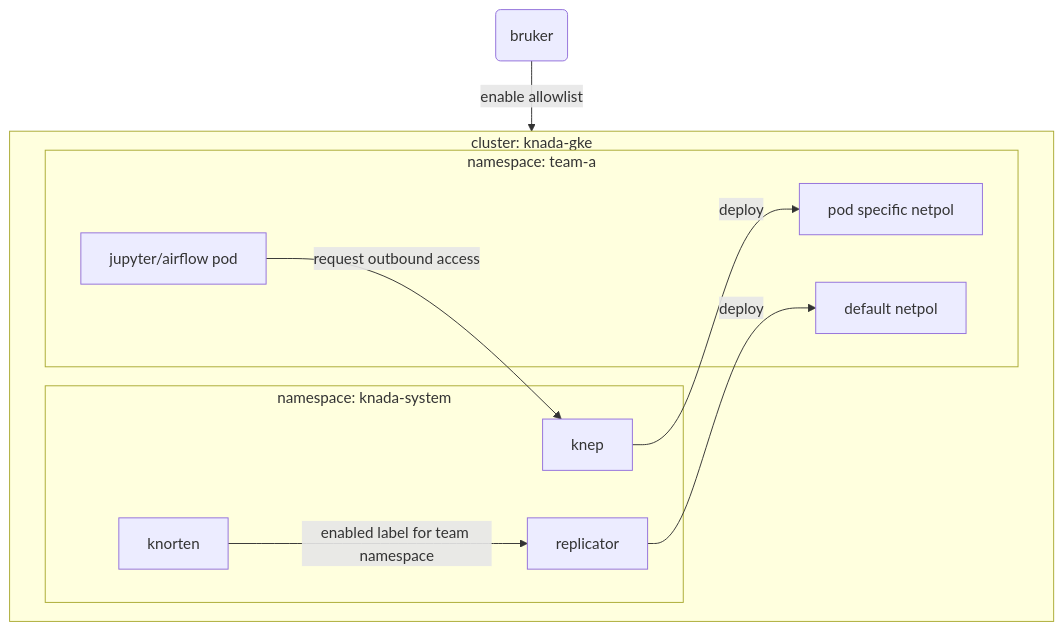
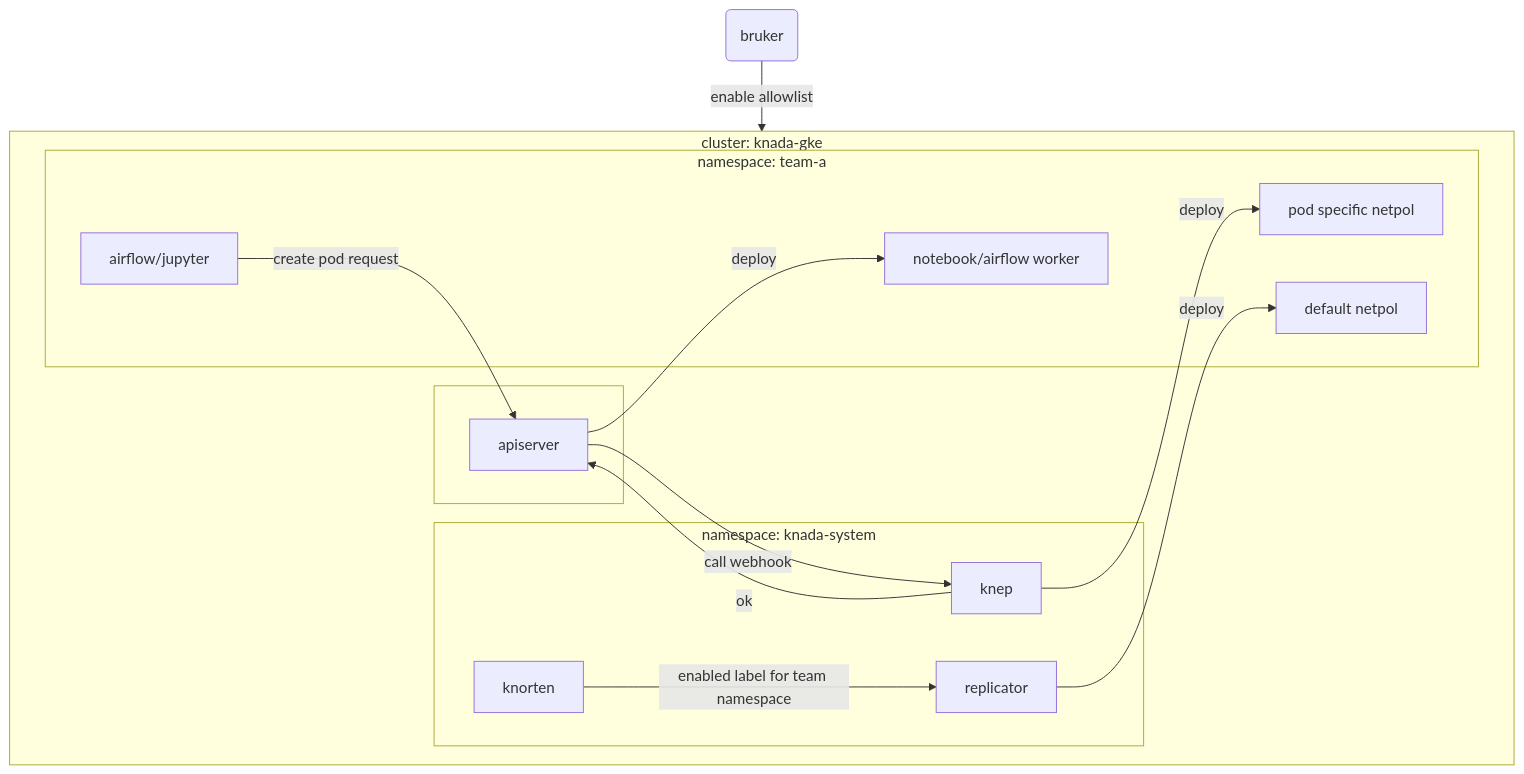
The diagram in README.md (navikt/knep), drawn with Mermaid before and after one commit. The commit also changed other lines of this file, not shown here.

Commit message:
update documentation to new rig

````diff
--- a/README.md
+++ b/README.md
@@ -6,18 +6,23 @@
 ```mermaid
 graph TB;
     user(bruker)
     user--"enable allowlist"-->knorten[knorten]
     subgraph "cluster: knada-gke"
         direction LR
         subgraph "namespace: knada-system"
             knorten[knorten]--"enabled label for team namespace"-->replicator[replicator]
             knep[knep]
         end
+        subgraph " "
+            apiserver[apiserver]--"call webhook"-->knep
+        end
         subgraph "namespace: team-a"
+            apiserver--"deploy"-->task[notebook/airflow worker]
+            service[airflow/jupyter]--"create pod request"-->apiserver
             defaultnetpol[default netpol]
             knep[knep]--"deploy"-->tasknetpol[pod specific netpol]
-            task[jupyter/airflow pod]--"request outbound access"-->knep
+            knep--"ok"-->apiserver
             replicator--"deploy"-->defaultnetpol[default netpol]
         end
     end
 ```
````
